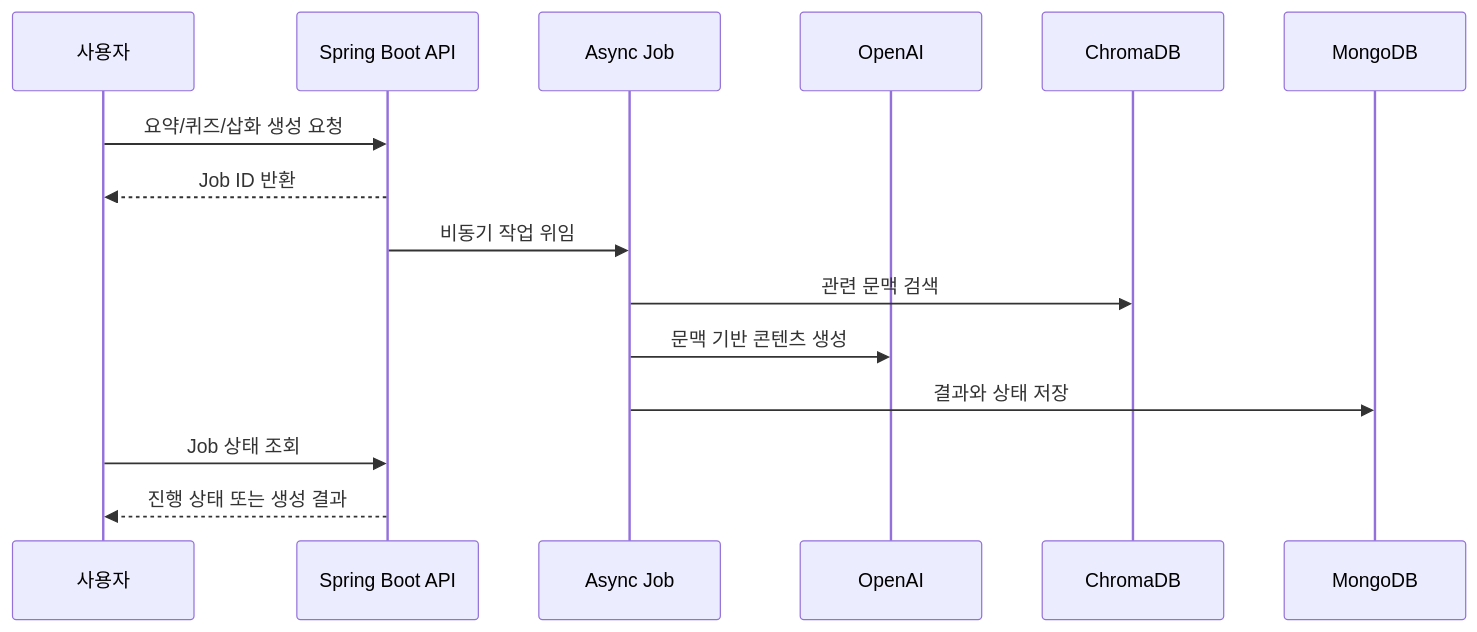
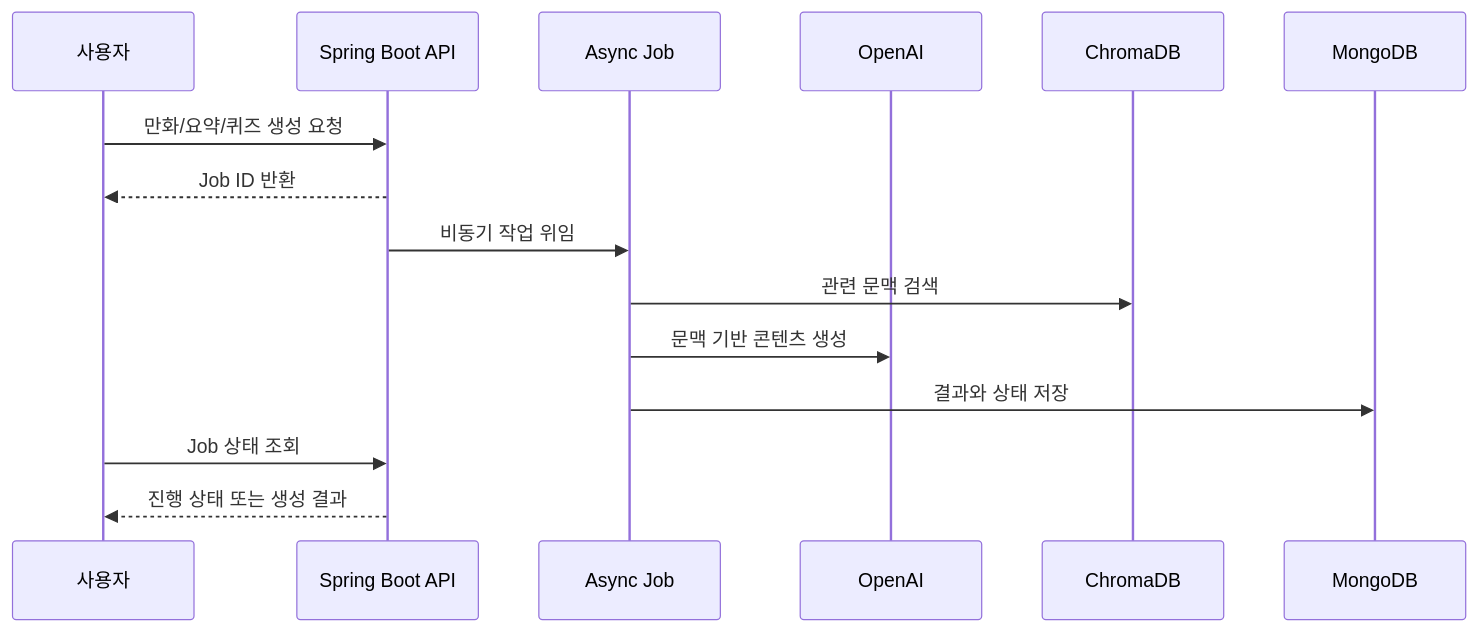
One commit to Sungw0o/Booktown-V2 changed the first of 2 diagrams in README.md. Above: the diagram before and after it, drawn with Mermaid. The commit also changed other lines of this file and 2 other files, not shown here.

Commit message:
docs: README 정리 (다이어그램 교체·섹션 통합/삭제)

````diff
--- a/README.md
+++ b/README.md
@@ -49,18 +30,18 @@
 ```mermaid
 sequenceDiagram
     participant User as 사용자
     participant API as Spring Boot API
     participant Job as Async Job
     participant OpenAI as OpenAI
     participant Chroma as ChromaDB
     participant Mongo as MongoDB
 
-    User->>API: 요약/퀴즈/삽화 생성 요청
+    User->>API: 만화/요약/퀴즈 생성 요청
     API-->>User: Job ID 반환
     API->>Job: 비동기 작업 위임
     Job->>Chroma: 관련 문맥 검색
     Job->>OpenAI: 문맥 기반 콘텐츠 생성
     Job->>Mongo: 결과와 상태 저장
     User->>API: Job 상태 조회
     API-->>User: 진행 상태 또는 생성 결과
 ```
````
